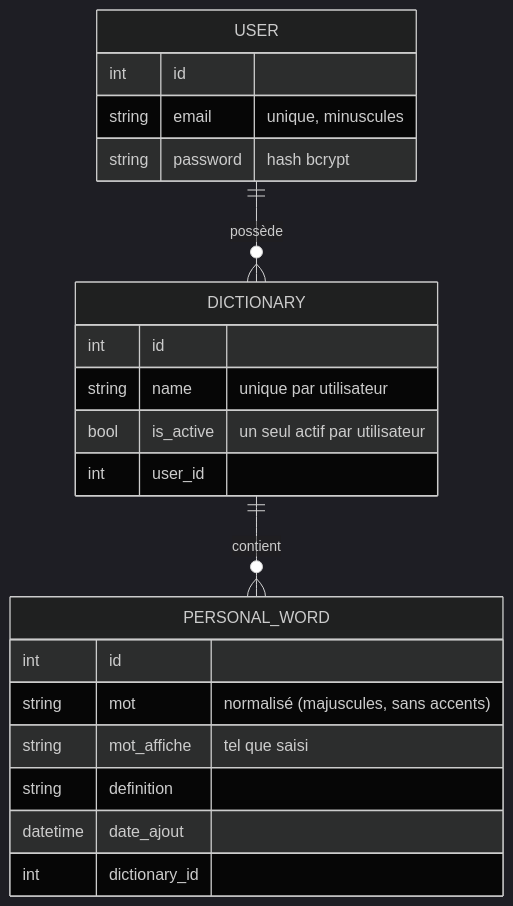
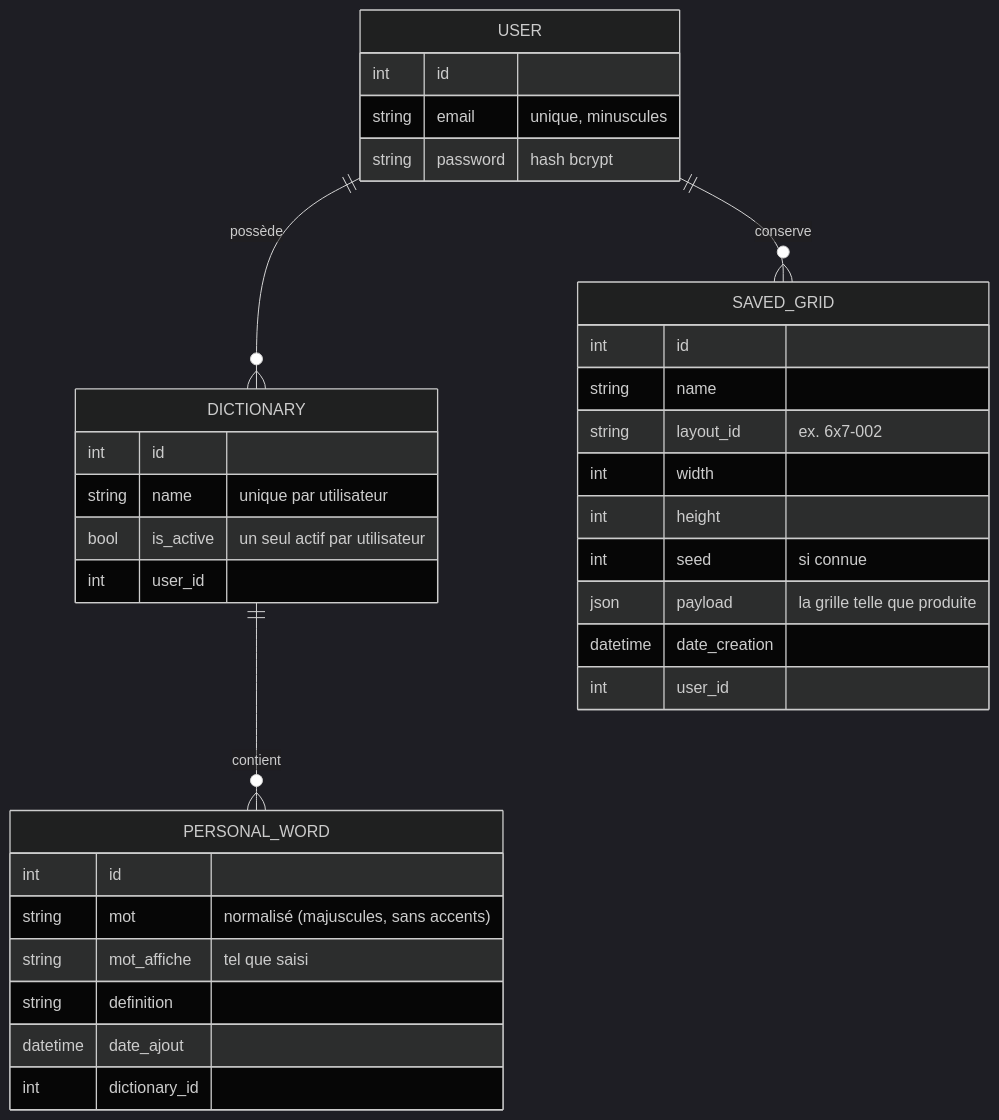
One commit to maximefd/terminator-app changed the second of 3 diagrams in docs/ARCHITECTURE.md. Above: the diagram before and after it, drawn with Mermaid (dark theme). The commit also changed other lines of this file and 25 other files, not shown here.

````diff
--- a/docs/ARCHITECTURE.md
+++ b/docs/ARCHITECTURE.md
@@ -72,24 +74,36 @@
 ```mermaid
 erDiagram
     USER ||--o{ DICTIONARY : possède
+    USER ||--o{ SAVED_GRID : conserve
     DICTIONARY ||--o{ PERSONAL_WORD : contient
     USER {
         int id
         string email "unique, minuscules"
         string password "hash bcrypt"
     }
     DICTIONARY {
         int id
         string name "unique par utilisateur"
         bool is_active "un seul actif par utilisateur"
         int user_id
     }
     PERSONAL_WORD {
         int id
         string mot "normalisé (majuscules, sans accents)"
         string mot_affiche "tel que saisi"
         string definition
         datetime date_ajout
         int dictionary_id
     }
+    SAVED_GRID {
+        int id
+        string name
+        string layout_id "ex. 6x7-002"
+        int width
+        int height
+        int seed "si connue"
+        json payload "la grille telle que produite"
+        datetime date_creation
+        int user_id
+    }
 ```
````
